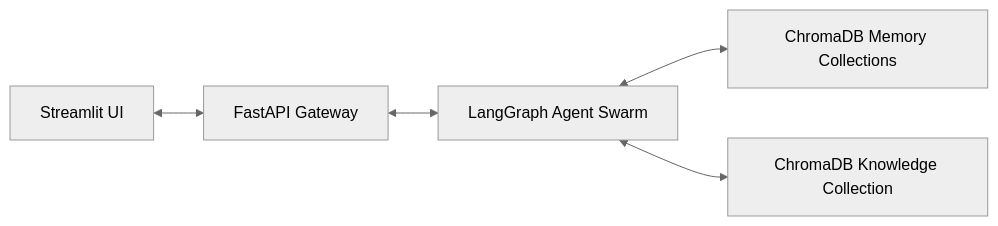
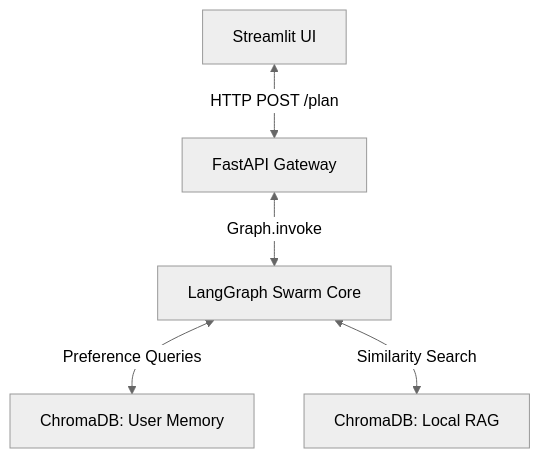
One commit to Hariom312003/my_travel_AI changed the first of 2 diagrams in docs/architecture.md. Above: the diagram before and after it, drawn with Mermaid (neutral theme). The commit also changed other lines of this file and 5 other files, not shown here.

Commit message:
docs: add architecture and workflow documentation

````diff
--- a/docs/architecture.md
+++ b/docs/architecture.md
@@ -10,7 +11,7 @@
 ```mermaid
-graph LR
-    User[Streamlit UI] <--> API[FastAPI Gateway]
-    API <--> Graph[LangGraph Agent Swarm]
-    Graph <--> Memory[ChromaDB Memory Collections]
-    Graph <--> RAG[ChromaDB Knowledge Collection]
+graph TD
+    User[Streamlit UI] <-->|HTTP POST /plan| API[FastAPI Gateway]
+    API <-->|Graph.invoke| Graph[LangGraph Swarm Core]
+    Graph <-->|Preference Queries| ChromaMemory[ChromaDB: User Memory]
+    Graph <-->|Similarity Search| ChromaRAG[ChromaDB: Local RAG]
 ```
````
